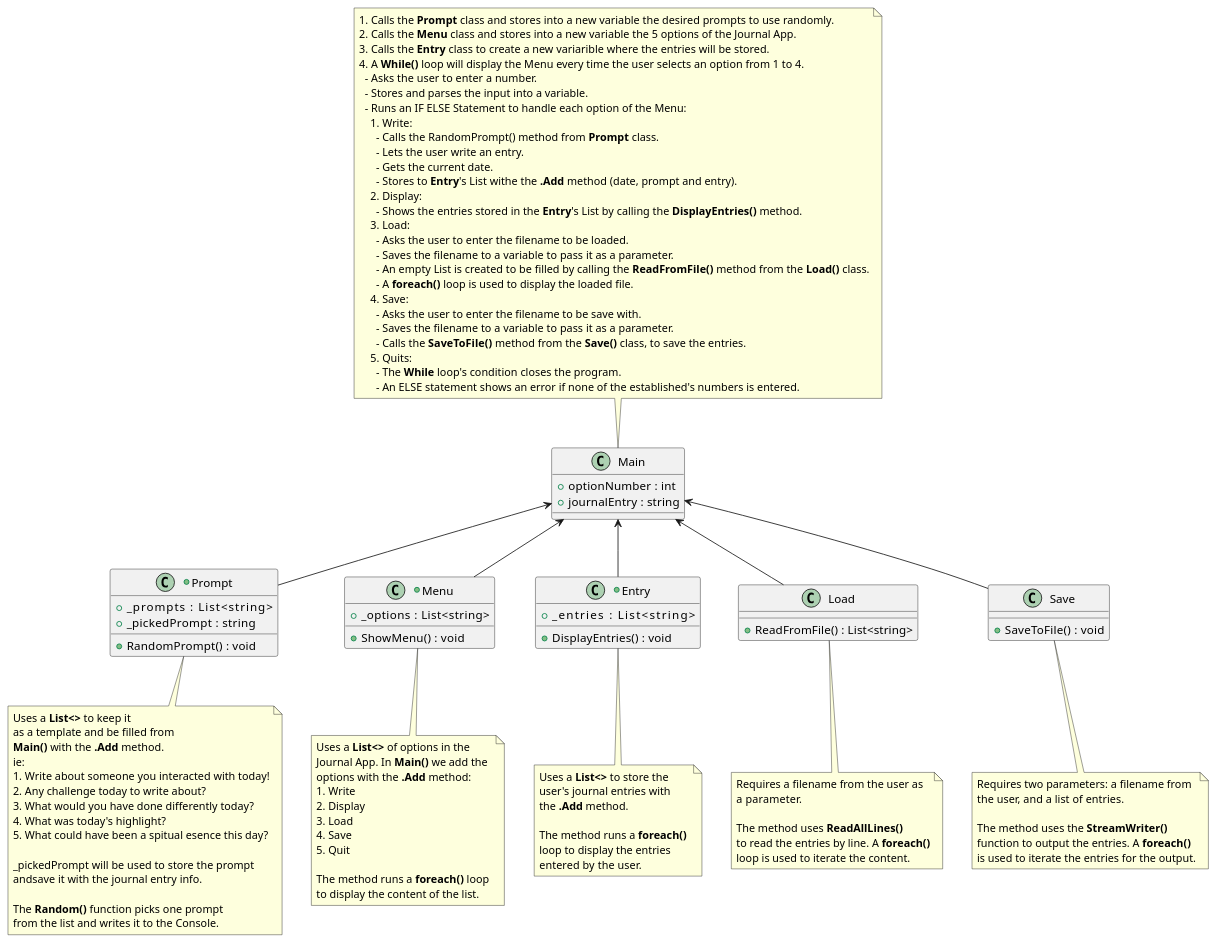
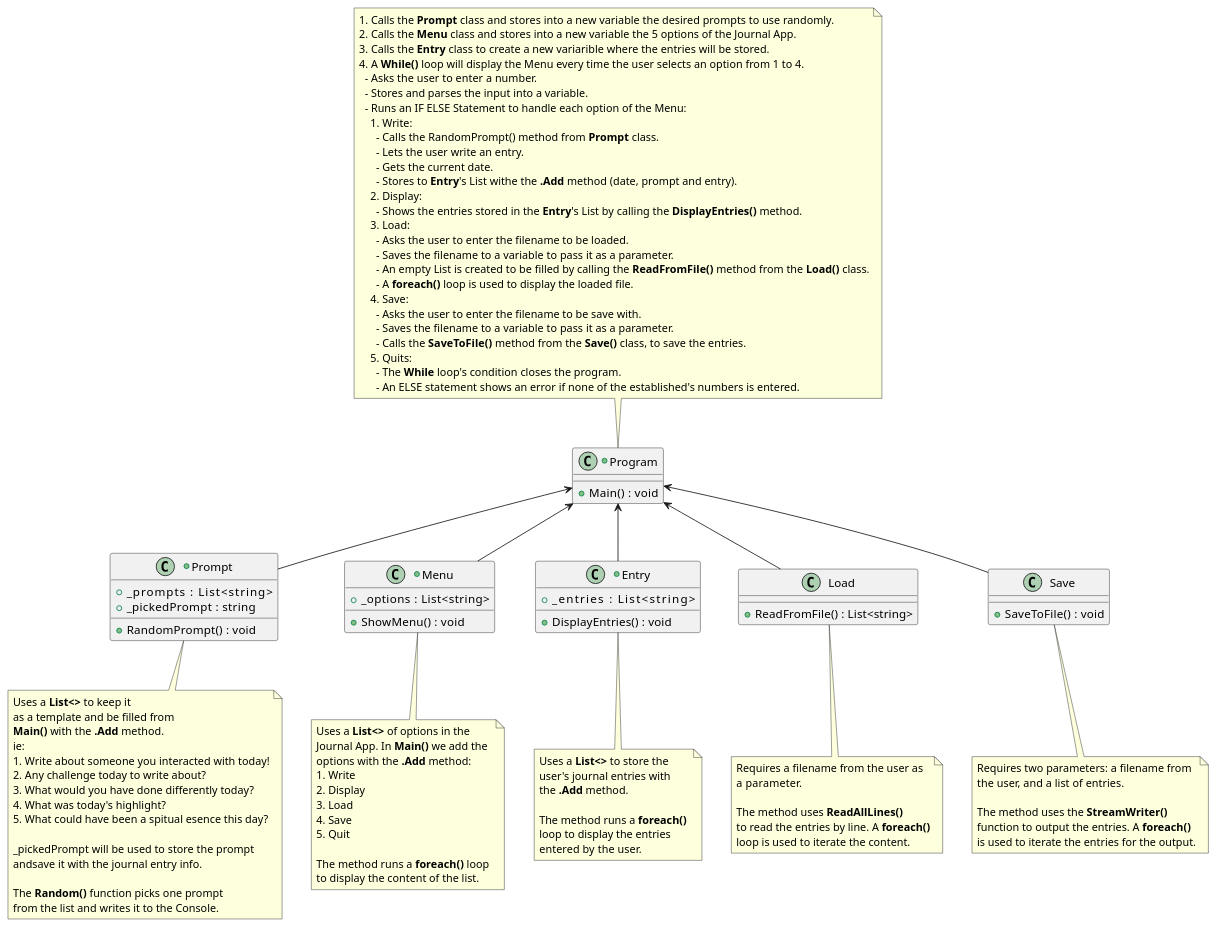
Before and after one commit to moiseshn/cse210: the diagram in prove/Develop02/Diagram.plantuml, drawn with PlantUML. The commit also changed other lines of this file and 3 other files, not shown here.

```diff
--- a/prove/Develop02/Diagram.plantuml
+++ b/prove/Develop02/Diagram.plantuml
@@ -1,121 +1,121 @@
 @startuml Journal App
 
-class Main {
-  + optionNumber  : int
-  + journalEntry  : string
++class Program {
+  + Main()  : void
 }
-note top of Main
+
+note top of Program
   1. Calls the <b>Prompt</b> class and stores into a new variable the desired prompts to use randomly.
   2. Calls the <b>Menu</b> class and stores into a new variable the 5 options of the Journal App.
   3. Calls the <b>Entry</b> class to create a new variarible where the entries will be stored.
   4. A <b>While()</b> loop will display the Menu every time the user selects an option from 1 to 4.
     - Asks the user to enter a number.
     - Stores and parses the input into a variable.
     - Runs an IF ELSE Statement to handle each option of the Menu:
       1. Write:
         - Calls the RandomPrompt() method from <b>Prompt</b> class.
         - Lets the user write an entry.
         - Gets the current date.
         - Stores to <b>Entry</b>'s List withe the <b>.Add</b> method (date, prompt and entry).
       2. Display:
         - Shows the entries stored in the <b>Entry</b>'s List by calling the <b>DisplayEntries()</b> method.
       3. Load:
         - Asks the user to enter the filename to be loaded.
         - Saves the filename to a variable to pass it as a parameter.
         - An empty List is created to be filled by calling the <b>ReadFromFile()</b> method from the <b>Load()</b> class.
         - A <b>foreach()</b> loop is used to display the loaded file.
       4. Save:
         - Asks the user to enter the filename to be save with.
         - Saves the filename to a variable to pass it as a parameter.
         - Calls the <b>SaveToFile()</b> method from the <b>Save()</b> class, to save the entries.
       5. Quits:
         - The <b>While</b> loop's condition closes the program.
         - An ELSE statement shows an error if none of the established's numbers is entered.
 end note
 
 +class Prompt {
   + _prompts        : List<string>
   + _pickedPrompt   : string
   + RandomPrompt()  : void
 }
 note bottom of Prompt
   Uses a <b>List<></b> to keep it 
   as a template and be filled from 
   <b>Main()</b> with the <b>.Add</b> method.
   ie:
   1. Write about someone you interacted with today!
   2. Any challenge today to write about?
   3. What would you have done differently today?
   4. What was today's highlight?
   5. What could have been a spitual esence this day?
 
   _pickedPrompt will be used to store the prompt
   andsave it with the journal entry info.
 
   The <b>Random()</b> function picks one prompt 
   from the list and writes it to the Console.
 end note
 
 +class Menu {
   + _options    : List<string>
   + ShowMenu()  : void
 }
 note bottom of Menu
   Uses a <b>List<></b> of options in the 
   Journal App. In <b>Main()</b> we add the 
   options with the <b>.Add</b> method:
   1. Write
   2. Display
   3. Load
   4. Save
   5. Quit
   
   The method runs a <b>foreach()</b> loop 
   to display the content of the list.
 end note
 
 +class Entry {
   + _entries          : List<string>
   + DisplayEntries()  : void
 }
 note bottom of Entry
   Uses a <b>List<></b> to store the 
   user's journal entries with 
   the <b>.Add</b> method.
   
   The method runs a <b>foreach()</b> 
   loop to display the entries 
   entered by the user.
 end note
 
 class Load {
   + ReadFromFile()  : List<string>
 }
 note bottom of Load
   Requires a filename from the user as
   a parameter.
   
   The method uses <b>ReadAllLines()</b> 
   to read the entries by line. A <b>foreach()</b>
   loop is used to iterate the content.
 end note
 
 class Save {
   + SaveToFile()  : void
 }
 note bottom of Save
   Requires two parameters: a filename from 
   the user, and a list of entries.
   
   The method uses the <b>StreamWriter()</b> 
   function to output the entries. A <b>foreach()</b> 
   is used to iterate the entries for the output.
 end note
 
-Main <-- Prompt
-Main <-- Menu
-Main <-- Entry
-Main <-- Save
-Main <-- Load
+Program <-- Prompt
+Program <-- Menu
+Program <-- Entry
+Program <-- Save
+Program <-- Load
 
 @enduml
```
